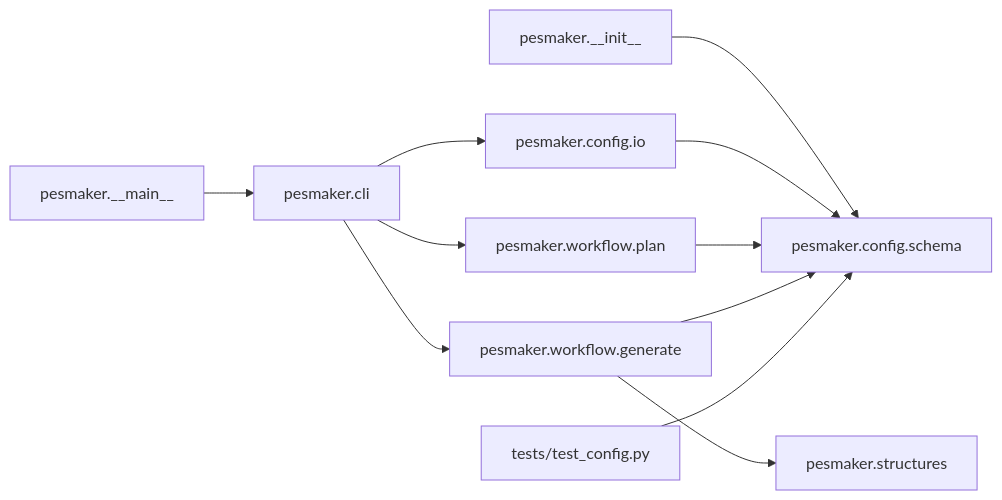
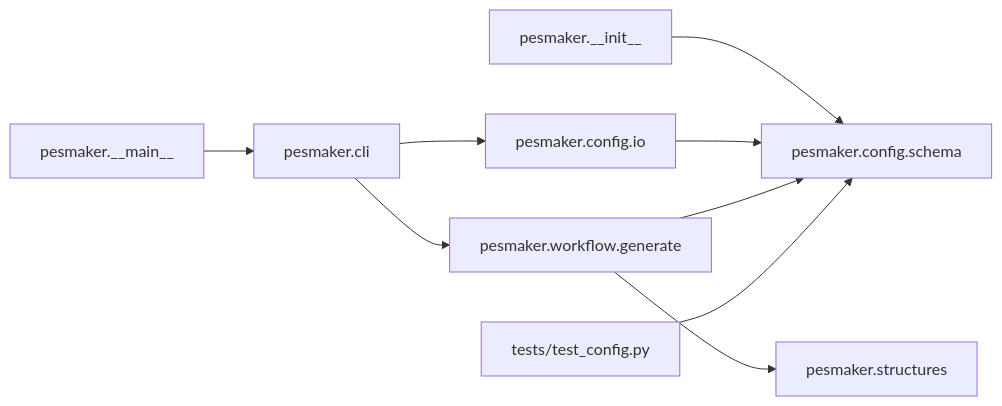
Before and after one commit to litupLetian/PESMaker_litupVer: the second of 3 diagrams in docs/CODE_LOGIC.md, drawn with Mermaid. The commit also changed other lines of this file and 14 other files, not shown here.

````diff
--- a/docs/CODE_LOGIC.md
+++ b/docs/CODE_LOGIC.md
@@ -45,13 +41,11 @@
 ```mermaid
 flowchart LR
     Main["pesmaker.__main__"] --> CLI["pesmaker.cli"]
     Init["pesmaker.__init__"] --> Schema["pesmaker.config.schema"]
     CLI --> IO["pesmaker.config.io"]
-    CLI --> Plan["pesmaker.workflow.plan"]
     CLI --> Generate["pesmaker.workflow.generate"]
     IO --> Schema
-    Plan --> Schema
     Generate --> Schema
     Generate --> Structures["pesmaker.structures"]
     Tests["tests/test_config.py"] --> Schema
 ```
````
